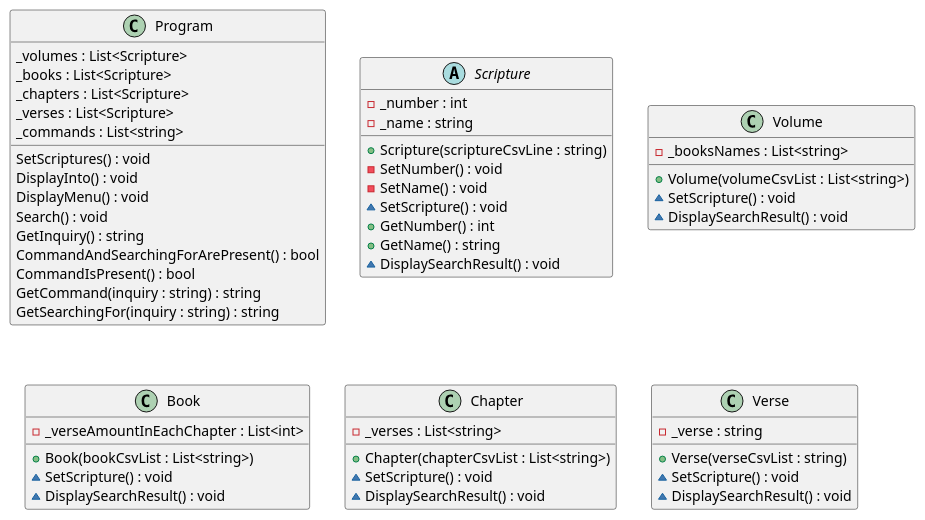
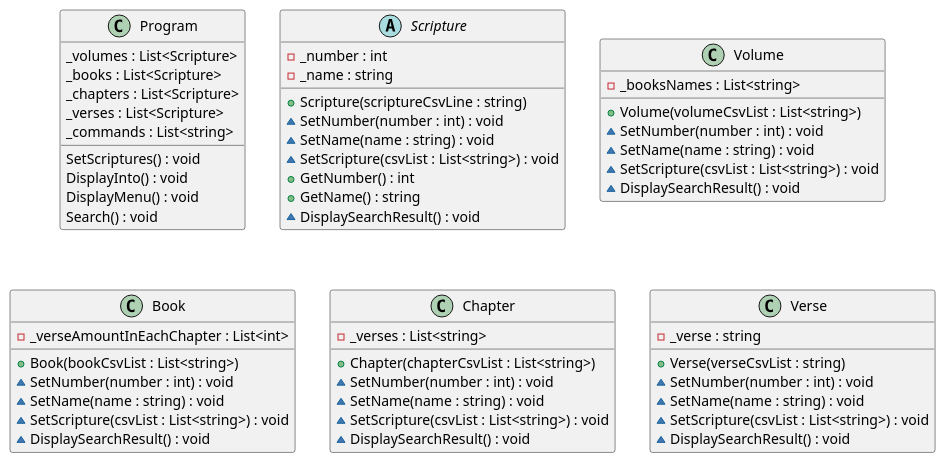
One commit to joshwmerrell/cse210-projects changed the diagram in final/FinalProject/design.puml. Above: the diagram before and after it, drawn with PlantUML. The commit also changed 6 other files, not shown here.

Commit message:
Set the scripture classes and updated the program class and the uml design to reflect the changes made.

```diff
--- a/final/FinalProject/design.puml
+++ b/final/FinalProject/design.puml
@@ -1,66 +1,74 @@
 @startuml finalDesign
 
 class Program
 {
     _volumes : List<Scripture>
     _books : List<Scripture>
     _chapters : List<Scripture>
     _verses : List<Scripture>
     _commands : List<string>
     SetScriptures() : void
     DisplayInto() : void
     DisplayMenu() : void
     Search() : void
-    GetInquiry() : string
-    CommandAndSearchingForArePresent() : bool
-    CommandIsPresent() : bool
-    GetCommand(inquiry : string) : string
-    GetSearchingFor(inquiry : string) : string
+    ' GetInquiry() : string
+    ' CommandAndSearchingForArePresent() : bool
+    ' CommandIsPresent() : bool
+    ' GetCommand(inquiry : string) : string
+    ' GetSearchingFor(inquiry : string) : string
 }
 
 abstract Scripture
 {
     -_number : int
     -_name : string
     +Scripture(scriptureCsvLine : string)
-    -SetNumber() : void
-    -SetName() : void
-    ~SetScripture() : void
+    ~SetNumber(number : int) : void
+    ~SetName(name : string) : void
+    ~SetScripture(csvList : List<string>) : void
     +GetNumber() : int
     +GetName() : string
     ~DisplaySearchResult() : void
 }
 
 class Volume
 {
     -_booksNames : List<string>
     +Volume(volumeCsvList : List<string>)
-    ~SetScripture() : void
+    ~SetNumber(number : int) : void
+    ~SetName(name : string) : void
+    ~SetScripture(csvList : List<string>) : void
     ~DisplaySearchResult() : void
 }
 
 class Book
 {
     -_verseAmountInEachChapter : List<int>
     +Book(bookCsvList : List<string>)
-    ~SetScripture() : void
+    ~SetNumber(number : int) : void
+    ~SetName(name : string) : void
+    ~SetScripture(csvList : List<string>) : void
     ~DisplaySearchResult() : void
 }
 
 class Chapter
 {
     -_verses : List<string>
     +Chapter(chapterCsvList : List<string>)
-    ~SetScripture() : void
+    ~SetNumber(number : int) : void
+    ~SetName(name : string) : void
+    ~SetScripture(csvList : List<string>) : void
     ~DisplaySearchResult() : void
 }
 
 class Verse
 {
     -_verse : string
     +Verse(verseCsvList : string)
-    ~SetScripture() : void
+    ~SetNumber(number : int) : void
+    ~SetName(name : string) : void
+    ~SetScripture(csvList : List<string>) : void
     ~DisplaySearchResult() : void
 }
 
 @enduml
```
